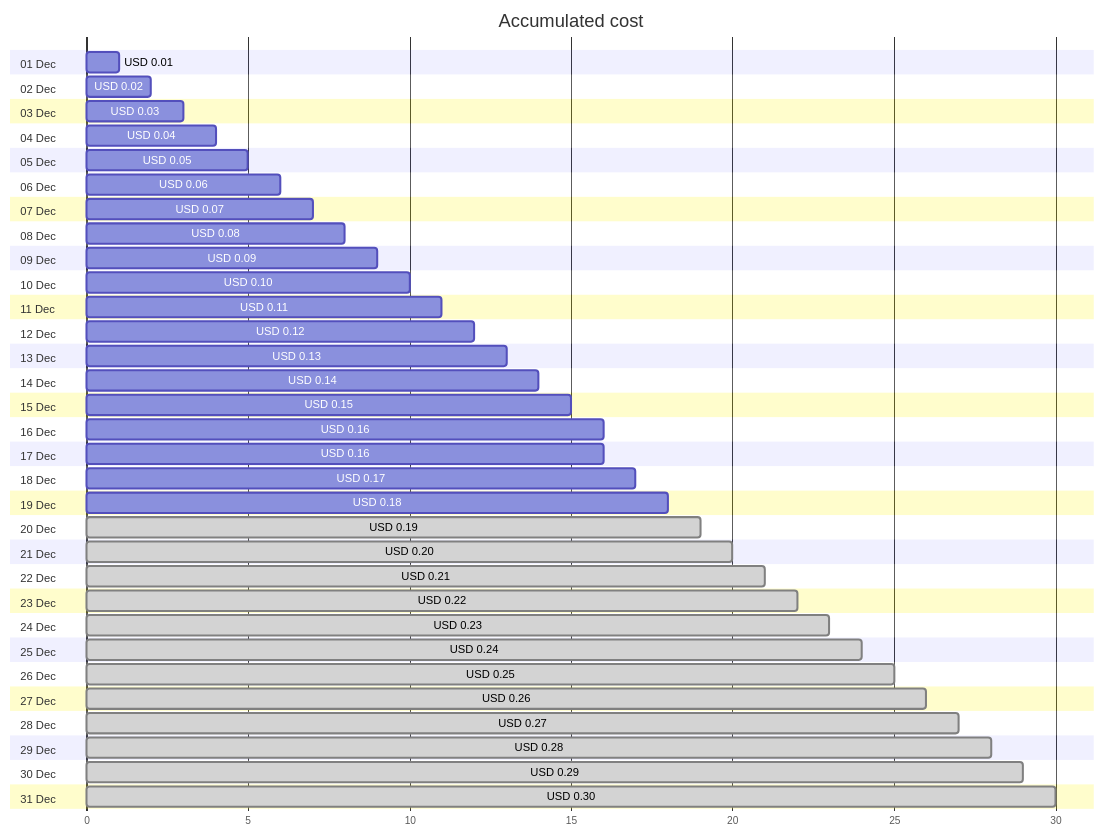
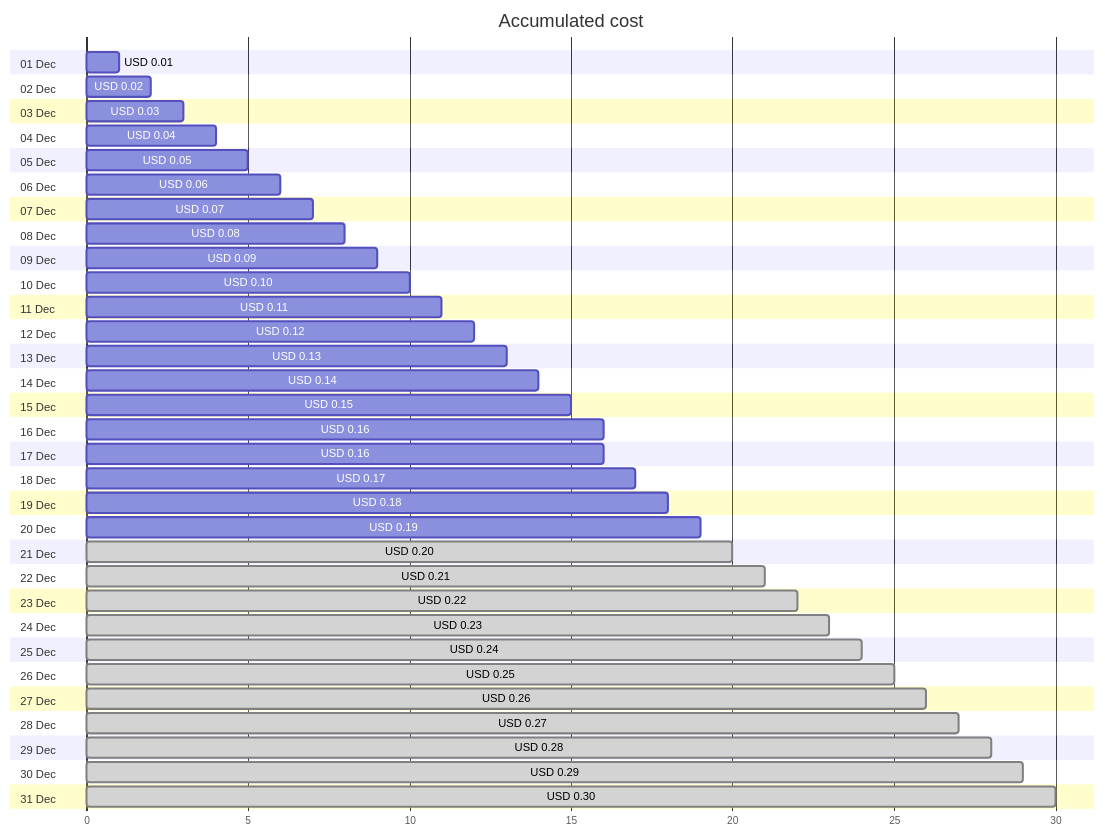
One commit to jpfulton/azure-personal-reports changed the first of 4 diagrams in cost-reports/cloud-shell-storage-eastus/README.md. Above: the diagram before and after it, drawn with Mermaid. The commit also changed other lines of this file and 1 other file, not shown here.

````diff
--- a/cost-reports/cloud-shell-storage-eastus/README.md
+++ b/cost-reports/cloud-shell-storage-eastus/README.md
@@ -20,68 +20,68 @@
 ```mermaid
 gantt
    title Accumulated cost
    dateFormat  X
    axisFormat %s
    section 01 Dec
    USD 0.01 :0, 1
    section 02 Dec
    USD 0.02 :0, 2
    section 03 Dec
    USD 0.03 :0, 3
    section 04 Dec
    USD 0.04 :0, 4
    section 05 Dec
    USD 0.05 :0, 5
    section 06 Dec
    USD 0.06 :0, 6
    section 07 Dec
    USD 0.07 :0, 7
    section 08 Dec
    USD 0.08 :0, 8
    section 09 Dec
    USD 0.09 :0, 9
    section 10 Dec
    USD 0.10 :0, 10
    section 11 Dec
    USD 0.11 :0, 11
    section 12 Dec
    USD 0.12 :0, 12
    section 13 Dec
    USD 0.13 :0, 13
    section 14 Dec
    USD 0.14 :0, 14
    section 15 Dec
    USD 0.15 :0, 15
    section 16 Dec
    USD 0.16 :0, 16
    section 17 Dec
    USD 0.16 :0, 16
    section 18 Dec
    USD 0.17 :0, 17
    section 19 Dec
    USD 0.18 :0, 18
    section 20 Dec
-   USD 0.19 : done, 0, 19
+   USD 0.19 :0, 19
    section 21 Dec
    USD 0.20 : done, 0, 20
    section 22 Dec
    USD 0.21 : done, 0, 21
    section 23 Dec
    USD 0.22 : done, 0, 22
    section 24 Dec
    USD 0.23 : done, 0, 23
    section 25 Dec
    USD 0.24 : done, 0, 24
    section 26 Dec
    USD 0.25 : done, 0, 25
    section 27 Dec
    USD 0.26 : done, 0, 26
    section 28 Dec
    USD 0.27 : done, 0, 27
    section 29 Dec
    USD 0.28 : done, 0, 28
    section 30 Dec
    USD 0.29 : done, 0, 29
    section 31 Dec
    USD 0.30 : done, 0, 30
 ```
````
